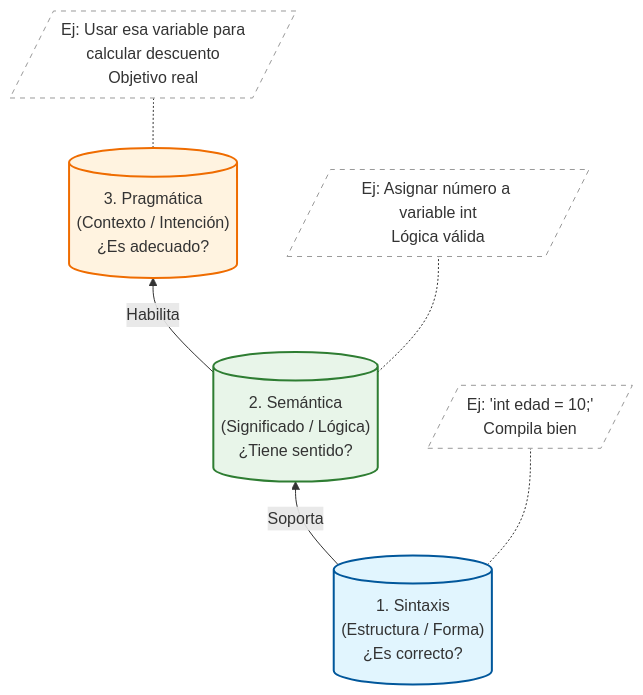
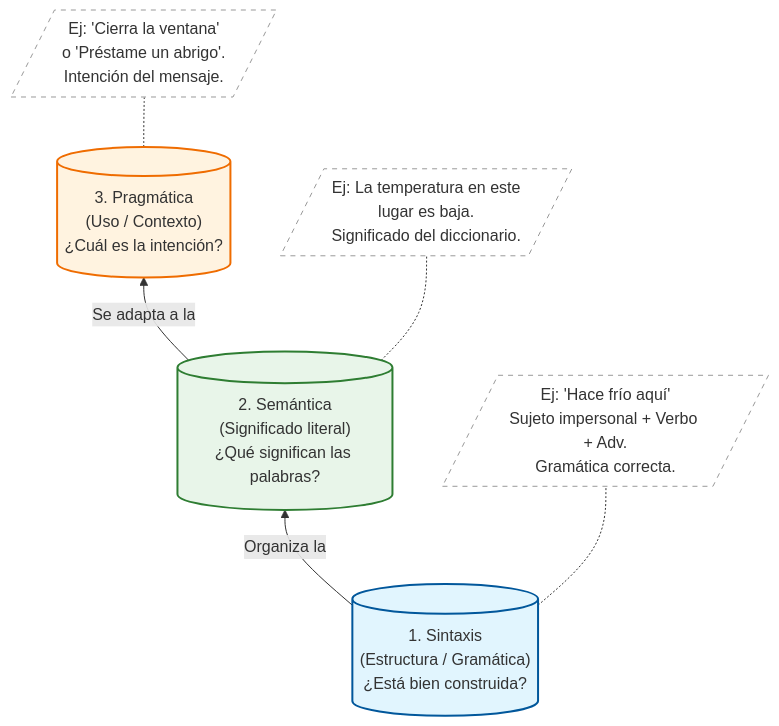
The second of 2 diagrams in lessons/mod1/clase1.md (discretas1-udea/discretas1-udea-20261), drawn with Mermaid before and after one commit. The commit also changed other lines of this file, not shown here.

````diff
--- a/lessons/mod1/clase1.md
+++ b/lessons/mod1/clase1.md
@@ -100,31 +83,31 @@
 ```mermaid
 graph BT
     %% Definición de Nodos
-    Sintaxis[("1. Sintaxis<br/>(Estructura / Forma)<br/>¿Es correcto?")]
-    Semantica[("2. Semántica<br/>(Significado / Lógica)<br/>¿Tiene sentido?")]
-    Pragmatica[("3. Pragmática<br/>(Contexto / Intención)<br/>¿Es adecuado?")]
+    Sintaxis[("1. Sintaxis<br/>(Estructura / Gramática)<br/>¿Está bien construida?")]
+    Semantica[("2. Semántica<br/>(Significado literal)<br/>¿Qué significan las palabras?")]
+    Pragmatica[("3. Pragmática<br/>(Uso / Contexto)<br/>¿Cuál es la intención?")]
 
-    %% Relaciones (De abajo hacia arriba: Base -> Abstracción)
-    Sintaxis -->|Soporta| Semantica
-    Semantica -->|Habilita| Pragmatica
+    %% Relaciones (Base -> Abstracción)
+    Sintaxis -->|Organiza la| Semantica
+    Semantica -->|Se adapta a la| Pragmatica
 
-    %% Notas explicativas laterales (Simulando anotaciones)
-    Note1[/"Ej: 'int edad = 10;'<br/>Compila bien"/]
-    Note2[/"Ej: Asignar número a variable int<br/>Lógica válida"/]
-    Note3[/"Ej: Usar esa variable para<br/>calcular descuento<br/>Objetivo real"/]
+    %% Notas explicativas (Ejemplo lingüístico: "Hace frío aquí")
+    Note1[/"Ej: 'Hace frío aquí'<br/>Sujeto impersonal + Verbo + Adv.<br/>Gramática correcta."/]
+    Note2[/"Ej: La temperatura en este<br/>lugar es baja.<br/>Significado del diccionario."/]
+    Note3[/"Ej: 'Cierra la ventana'<br/>o 'Préstame un abrigo'.<br/>Intención del mensaje."/]
 
     %% Conexiones con las notas
     Sintaxis -.- Note1
     Semantica -.- Note2
     Pragmatica -.- Note3
 
     %% Estilos
     style Sintaxis fill:#e1f5fe,stroke:#01579b,stroke-width:2px
     style Semantica fill:#e8f5e9,stroke:#2e7d32,stroke-width:2px
     style Pragmatica fill:#fff3e0,stroke:#ef6c00,stroke-width:2px
     
     %% Estilo de las notas
     style Note1 fill:#fff,stroke:#999,stroke-dasharray: 5 5
     style Note2 fill:#fff,stroke:#999,stroke-dasharray: 5 5
     style Note3 fill:#fff,stroke:#999,stroke-dasharray: 5 5
 ```
````
